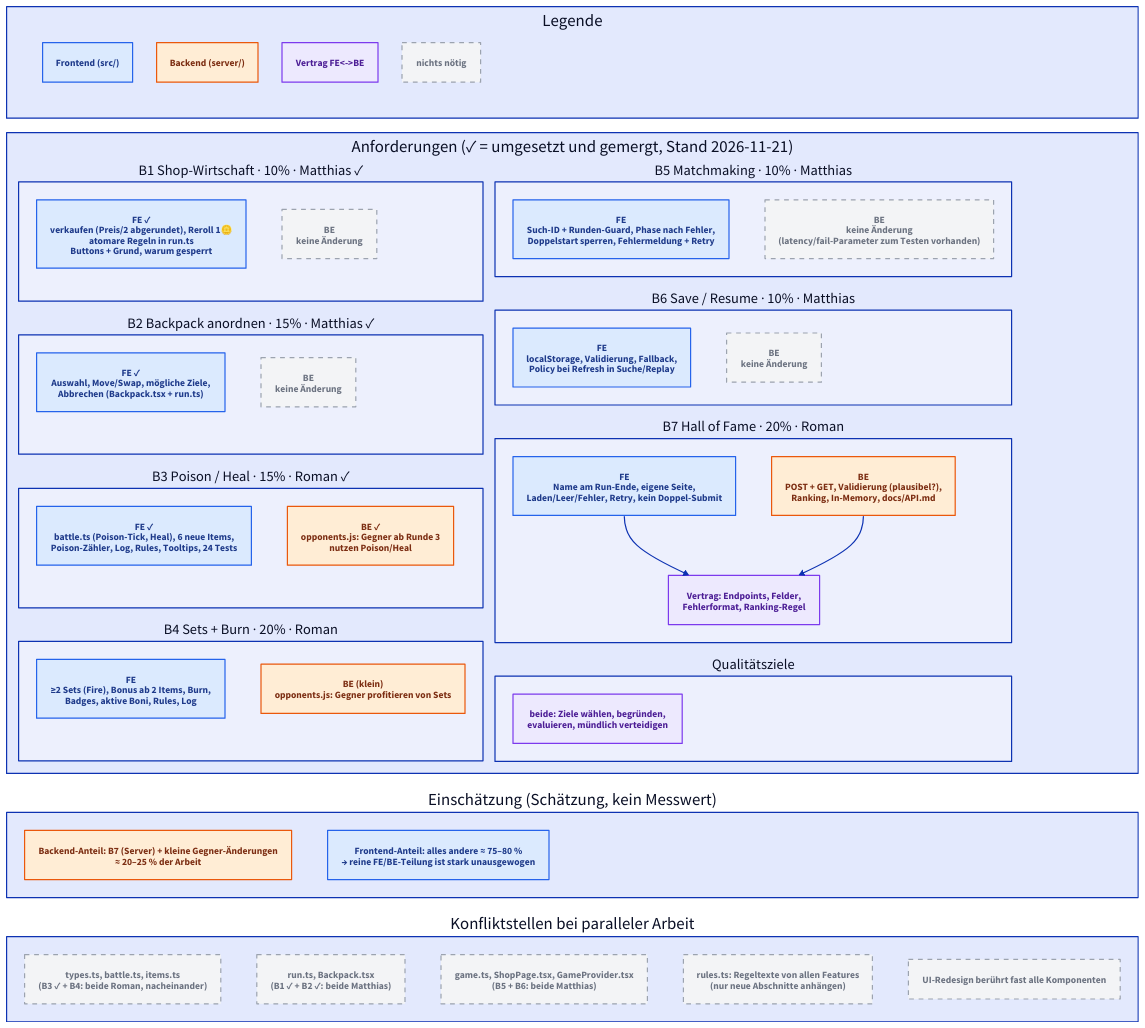
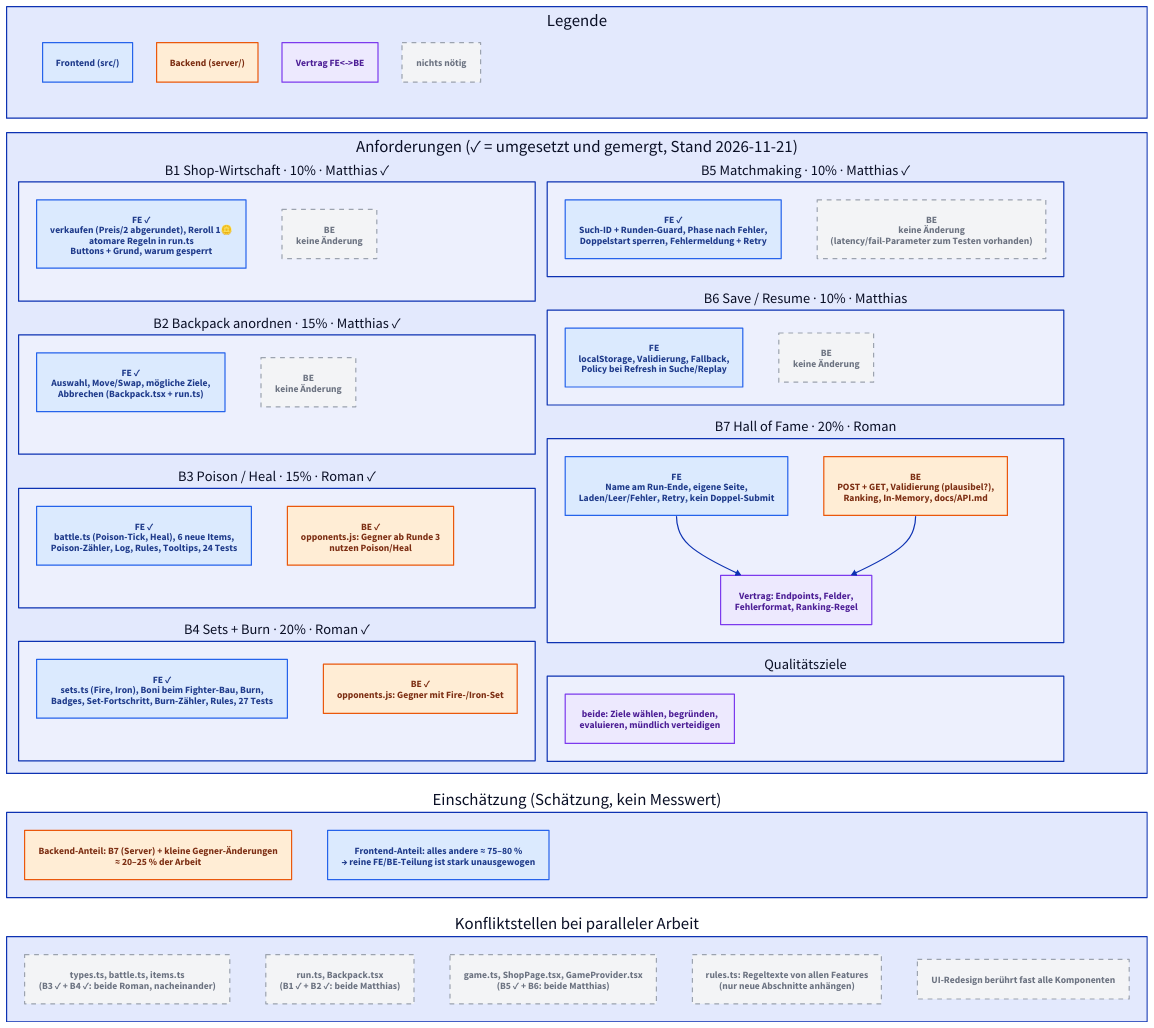
Before and after one commit to Roman0-5/backpack-brawl-MaRo: the diagram in docs/diagrams/split.d2, drawn with D2. The commit also changed 3 other files, not shown here.

Commit message:
docs: Status und Aufteilungsdiagramm auf Stand B4 aktualiesiert

```diff
--- a/docs/diagrams/split.d2
+++ b/docs/diagrams/split.d2
@@ -1,70 +1,70 @@
 grid-columns: 1
 grid-gap: 24
 
 classes: {
   fe: { style: { fill: "#dbeafe"; stroke: "#2563eb"; font-color: "#1e3a8a" } }
   be: { style: { fill: "#ffedd5"; stroke: "#ea580c"; font-color: "#7c2d12" } }
   none: { style: { fill: "#f3f4f6"; stroke: "#9ca3af"; font-color: "#6b7280"; stroke-dash: 4 } }
   shared: { style: { fill: "#ede9fe"; stroke: "#7c3aed"; font-color: "#4c1d95" } }
 }
 
 legend: Legende {
   grid-columns: 4
   f: Frontend (src/) { class: fe }
   b: Backend (server/) { class: be }
   s: Vertrag FE<->BE { class: shared }
   n: nichts nötig { class: none }
 }
 
 reqs: "Anforderungen (✓ = umgesetzt und gemergt, Stand 2026-11-21)" {
   grid-columns: 2
   grid-gap: 20
 
   b1: "B1 Shop-Wirtschaft · 10% · Matthias ✓" {
     fe: "FE ✓\nverkaufen (Preis/2 abgerundet), Reroll 1🪙\natomare Regeln in run.ts\nButtons + Grund, warum gesperrt" { class: fe }
     be: "BE\nkeine Änderung" { class: none }
   }
   b2: "B2 Backpack anordnen · 15% · Matthias ✓" {
     fe: "FE ✓\nAuswahl, Move/Swap, mögliche Ziele,\nAbbrechen (Backpack.tsx + run.ts)" { class: fe }
     be: "BE\nkeine Änderung" { class: none }
   }
   b3: "B3 Poison / Heal · 15% · Roman ✓" {
     fe: "FE ✓\nbattle.ts (Poison-Tick, Heal), 6 neue Items,\nPoison-Zähler, Log, Rules, Tooltips, 24 Tests" { class: fe }
     be: "BE ✓\nopponents.js: Gegner ab Runde 3\nnutzen Poison/Heal" { class: be }
   }
-  b4: "B4 Sets + Burn · 20% · Roman" {
-    fe: "FE\n≥2 Sets (Fire), Bonus ab 2 Items, Burn,\nBadges, aktive Boni, Rules, Log" { class: fe }
-    be: "BE (klein)\nopponents.js: Gegner profitieren von Sets" { class: be }
+  b4: "B4 Sets + Burn · 20% · Roman ✓" {
+    fe: "FE ✓\nsets.ts (Fire, Iron), Boni beim Fighter-Bau, Burn,\nBadges, Set-Fortschritt, Burn-Zähler, Rules, 27 Tests" { class: fe }
+    be: "BE ✓\nopponents.js: Gegner mit Fire-/Iron-Set" { class: be }
   }
-  b5: "B5 Matchmaking · 10% · Matthias" {
-    fe: "FE\nSuch-ID + Runden-Guard, Phase nach Fehler,\nDoppelstart sperren, Fehlermeldung + Retry" { class: fe }
+  b5: "B5 Matchmaking · 10% · Matthias ✓" {
+    fe: "FE ✓\nSuch-ID + Runden-Guard, Phase nach Fehler,\nDoppelstart sperren, Fehlermeldung + Retry" { class: fe }
     be: "BE\nkeine Änderung\n(latency/fail-Parameter zum Testen vorhanden)" { class: none }
   }
   b6: "B6 Save / Resume · 10% · Matthias" {
     fe: "FE\nlocalStorage, Validierung, Fallback,\nPolicy bei Refresh in Suche/Replay" { class: fe }
     be: "BE\nkeine Änderung" { class: none }
   }
   b7: "B7 Hall of Fame · 20% · Roman" {
     fe: "FE\nName am Run-Ende, eigene Seite,\nLaden/Leer/Fehler, Retry, kein Doppel-Submit" { class: fe }
     be: "BE\nPOST + GET, Validierung (plausibel?),\nRanking, In-Memory, docs/API.md" { class: be }
     api: "Vertrag: Endpoints, Felder,\nFehlerformat, Ranking-Regel" { class: shared }
     fe -> api
     be -> api
   }
   nf: "Qualitätsziele" {
     both: "beide: Ziele wählen, begründen,\nevaluieren, mündlich verteidigen" { class: shared }
   }
 }
 
 summary: "Einschätzung (Schätzung, kein Messwert)" {
   a: "Backend-Anteil: B7 (Server) + kleine Gegner-Änderungen\n≈ 20–25 % der Arbeit" { class: be }
   b: "Frontend-Anteil: alles andere ≈ 75–80 %\n→ reine FE/BE-Teilung ist stark unausgewogen" { class: fe }
 }
 
 hot: "Konfliktstellen bei paralleler Arbeit" {
-  a: "types.ts, battle.ts, items.ts\n(B3 ✓ + B4: beide Roman, nacheinander)" { class: none }
+  a: "types.ts, battle.ts, items.ts\n(B3 ✓ + B4 ✓: beide Roman, nacheinander)" { class: none }
   b: "run.ts, Backpack.tsx\n(B1 ✓ + B2 ✓: beide Matthias)" { class: none }
-  c: "game.ts, ShopPage.tsx, GameProvider.tsx\n(B5 + B6: beide Matthias)" { class: none }
+  c: "game.ts, ShopPage.tsx, GameProvider.tsx\n(B5 ✓ + B6: beide Matthias)" { class: none }
   e: "rules.ts: Regeltexte von allen Features\n(nur neue Abschnitte anhängen)" { class: none }
   d: "UI-Redesign berührt fast alle Komponenten" { class: none }
 }
```
